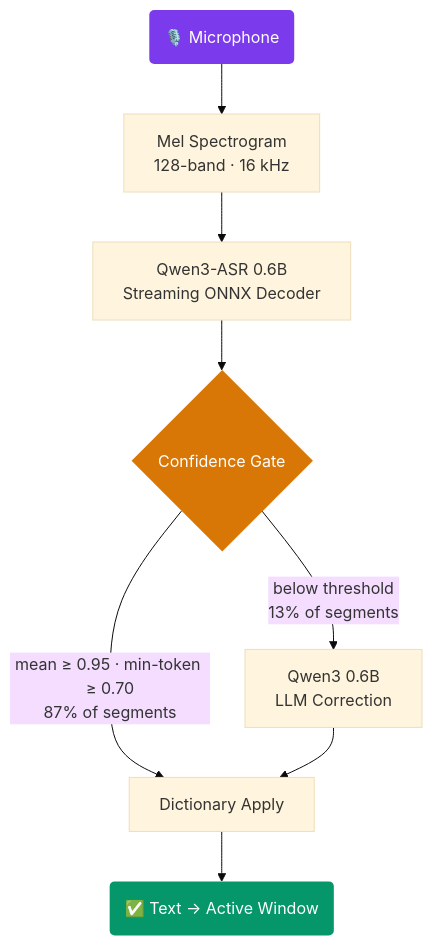
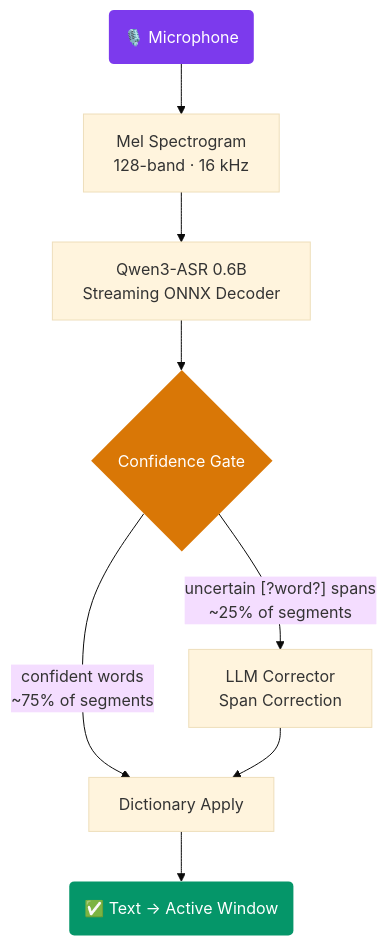
One commit to CoderDayton/lune-voice changed the diagram in README.md. Above: the diagram before and after it, drawn with Mermaid (base theme). The commit also changed other lines of this file and 56 other files, not shown here.

````diff
--- a/README.md
+++ b/README.md
@@ -32,13 +32,13 @@
 ```mermaid
 flowchart TD
     A("🎙️ Microphone") --> B["Mel Spectrogram<br/>128-band · 16 kHz"]
     B --> C["Qwen3-ASR 0.6B<br/>Streaming ONNX Decoder"]
     C --> D{Confidence Gate}
-    D -->|"mean ≥ 0.95 · min-token ≥ 0.70<br/>87% of segments"| E["Dictionary Apply"]
-    D -->|"below threshold<br/>13% of segments"| F["Qwen3 0.6B<br/>LLM Correction"]
+    D -->|"confident words<br/>~75% of segments"| E["Dictionary Apply"]
+    D -->|"uncertain [?word?] spans<br/>~25% of segments"| F["LLM Corrector<br/>Span Correction"]
     F --> E
     E --> G("✅ Text → Active Window")
     style A fill:#7c3aed,color:#fff,stroke:none
     style G fill:#059669,color:#fff,stroke:none
     style D fill:#d97706,color:#fff,stroke:none
 ```
````
